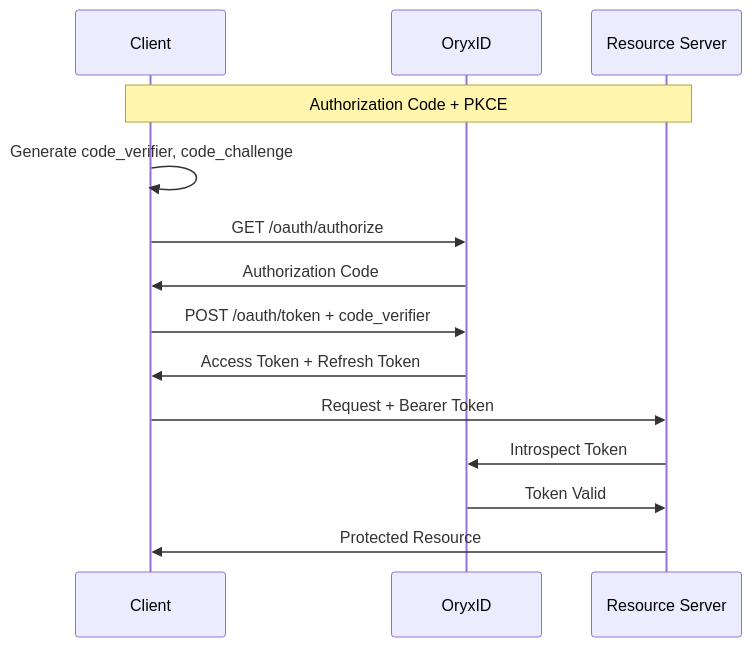
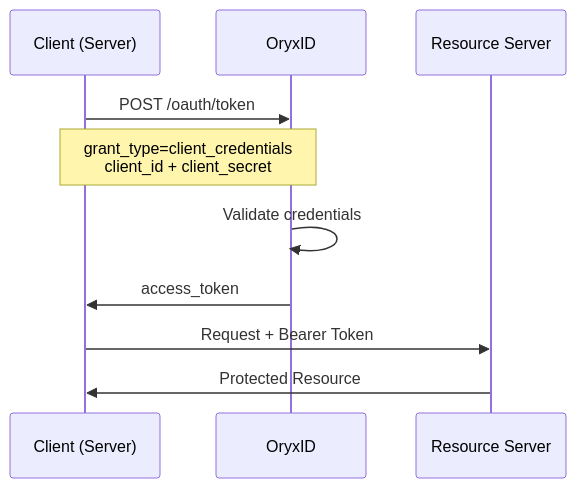
Before and after one commit to royzah/OryxID: the third of 8 diagrams in README.md, drawn with Mermaid. The commit also changed other lines of this file and 10 other files, not shown here.

````diff
--- a/README.md
+++ b/README.md
@@ -53,18 +97,13 @@
 ```mermaid
 sequenceDiagram
-    participant Client
+    participant Client as Client (Server)
     participant Auth as OryxID
     participant Resource as Resource Server
 
-    Note over Client,Resource: Authorization Code + PKCE
-
-    Client->>Client: Generate code_verifier, code_challenge
-    Client->>Auth: GET /oauth/authorize
-    Auth->>Client: Authorization Code
-    Client->>Auth: POST /oauth/token + code_verifier
-    Auth->>Client: Access Token + Refresh Token
+    Client->>Auth: POST /oauth/token
+    Note over Client,Auth: grant_type=client_credentials<br/>client_id + client_secret
+    Auth->>Auth: Validate credentials
+    Auth->>Client: access_token
     Client->>Resource: Request + Bearer Token
-    Resource->>Auth: Introspect Token
-    Auth->>Resource: Token Valid
     Resource->>Client: Protected Resource
 ```
````
